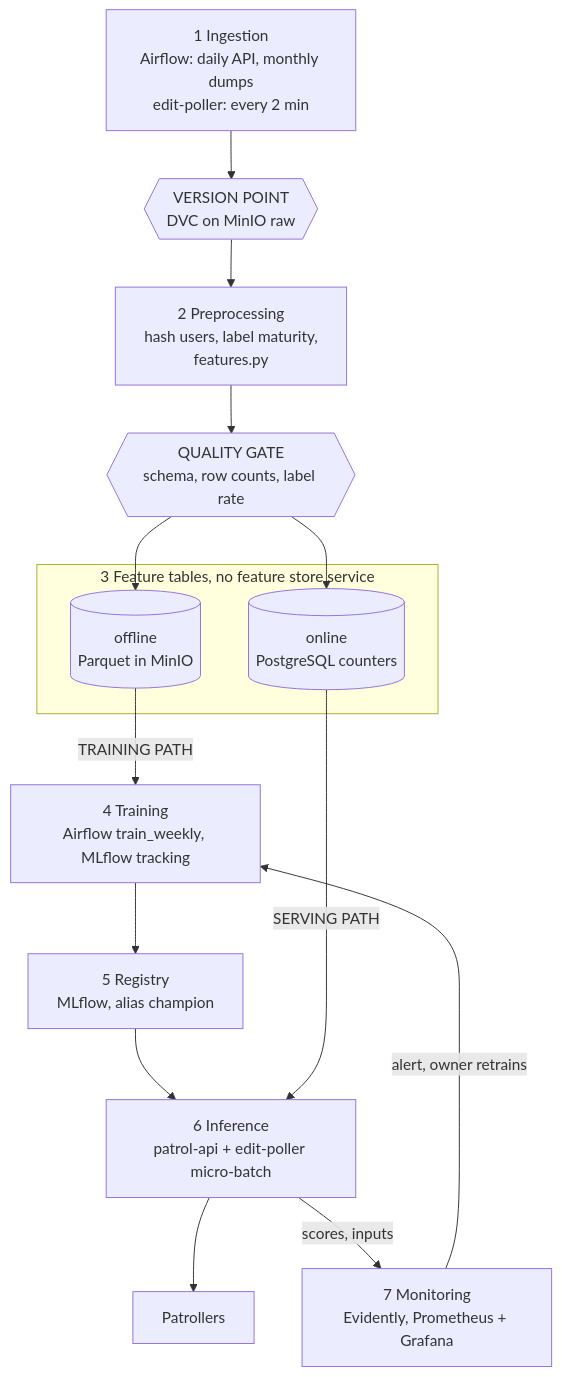
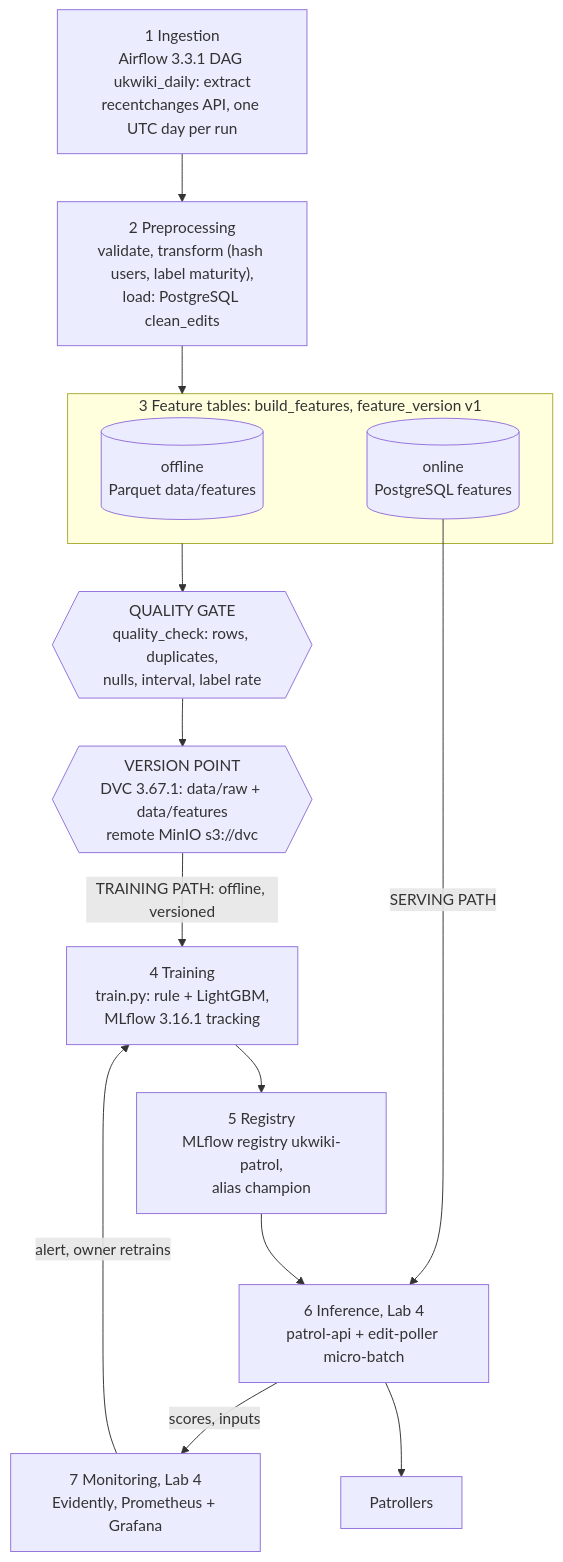
One commit to PavloKhomenko/ai290-labs changed the second of 3 diagrams in docs/design.md. Above: the diagram before and after it, drawn with Mermaid. The commit also changed other lines of this file and 25 other files, not shown here.

````diff
--- a/docs/design.md
+++ b/docs/design.md
@@ -226,25 +242,24 @@
 ```mermaid
 flowchart TB
-    L1["1 Ingestion<br/>Airflow: daily API, monthly dumps<br/>edit-poller: every 2 min"]
-    VP{{"VERSION POINT<br/>DVC on MinIO raw"}}
-    L2["2 Preprocessing<br/>hash users, label maturity,<br/>features.py"]
-    QG{{"QUALITY GATE<br/>schema, row counts, label rate"}}
-    subgraph L3["3 Feature tables, no feature store service"]
-        OFF[("offline<br/>Parquet in MinIO")]
-        ON[("online<br/>PostgreSQL counters")]
+    L1["1 Ingestion<br/>Airflow 3.3.1 DAG ukwiki_daily: extract<br/>recentchanges API, one UTC day per run"]
+    L2["2 Preprocessing<br/>validate, transform (hash users, label maturity),<br/>load: PostgreSQL clean_edits"]
+    subgraph L3["3 Feature tables: build_features, feature_version v1"]
+        OFF[("offline<br/>Parquet data/features")]
+        ON[("online<br/>PostgreSQL features")]
     end
-    L4["4 Training<br/>Airflow train_weekly, MLflow tracking"]
-    L5["5 Registry<br/>MLflow, alias champion"]
-    L6["6 Inference<br/>patrol-api + edit-poller micro-batch"]
+    QG{{"QUALITY GATE<br/>quality_check: rows, duplicates,<br/>nulls, interval, label rate"}}
+    VP{{"VERSION POINT<br/>DVC 3.67.1: data/raw + data/features<br/>remote MinIO s3://dvc"}}
+    L4["4 Training<br/>train.py: rule + LightGBM,<br/>MLflow 3.16.1 tracking"]
+    L5["5 Registry<br/>MLflow registry ukwiki-patrol,<br/>alias champion"]
+    L6["6 Inference, Lab 4<br/>patrol-api + edit-poller micro-batch"]
     CONS["Patrollers"]
-    L7["7 Monitoring<br/>Evidently, Prometheus + Grafana"]
+    L7["7 Monitoring, Lab 4<br/>Evidently, Prometheus + Grafana"]
 
-    L1 --> VP --> L2 --> QG
-    QG --> OFF
-    QG --> ON
-    OFF -- "TRAINING PATH" --> L4 --> L5 --> L6
+    L1 --> L2 --> L3
+    L3 --> QG --> VP
+    VP -- "TRAINING PATH: offline, versioned" --> L4 --> L5 --> L6
     ON -- "SERVING PATH" --> L6
     L6 --> CONS
     L6 -- "scores, inputs" --> L7
     L7 -- "alert, owner retrains" --> L4
 ```
````
